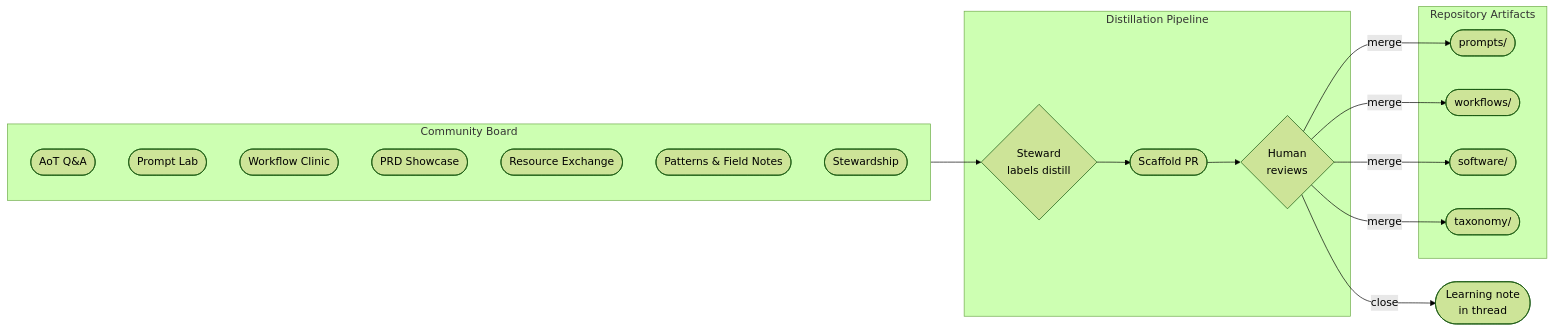
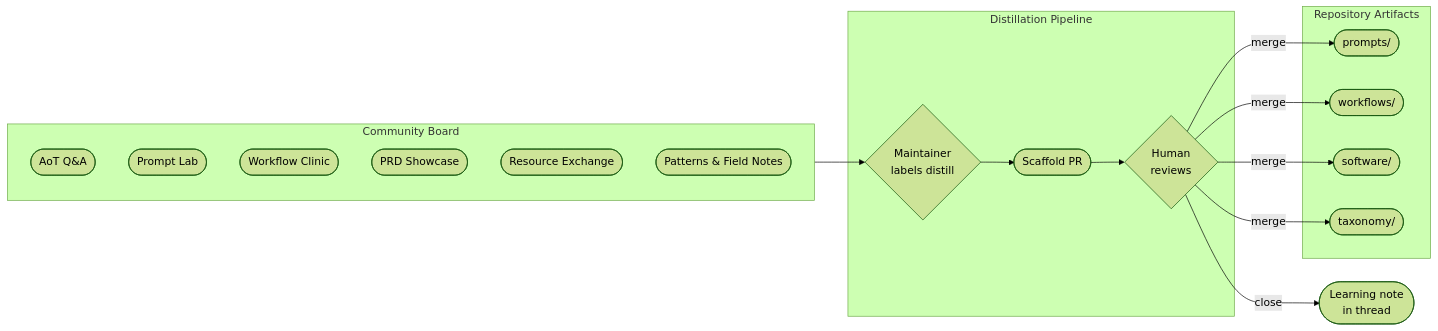
Before and after one commit to curationsx/yolo: the second of 2 diagrams in docs/PRD-community-discussion-board.md, drawn with Mermaid (forest theme). The commit also changed other lines of this file and 22 other files, not shown here.

````diff
--- a/docs/PRD-community-discussion-board.md
+++ b/docs/PRD-community-discussion-board.md
@@ -131,34 +136,33 @@
 ```mermaid
 flowchart LR
     subgraph board [Community Board]
         Q([AoT Q&A]) 
         PL([Prompt Lab])
         WC([Workflow Clinic])
         PS([PRD Showcase])
         RE([Resource Exchange])
         PF([Patterns & Field Notes])
-        ST([Stewardship])
     end
 
     subgraph distill [Distillation Pipeline]
-        L{Steward\nlabels distill}
+        L{Maintainer\nlabels distill}
         SC([Scaffold PR])
         HR{Human\nreviews}
     end
 
     subgraph repo [Repository Artifacts]
         PM([prompts/])
         WF([workflows/])
         SW([software/])
         TX([taxonomy/])
     end
 
     board --> L
     L --> SC
     SC --> HR
     HR -- merge --> PM
     HR -- merge --> WF
     HR -- merge --> SW
     HR -- merge --> TX
     HR -- close --> NOTE([Learning note\nin thread])
 ```
````
